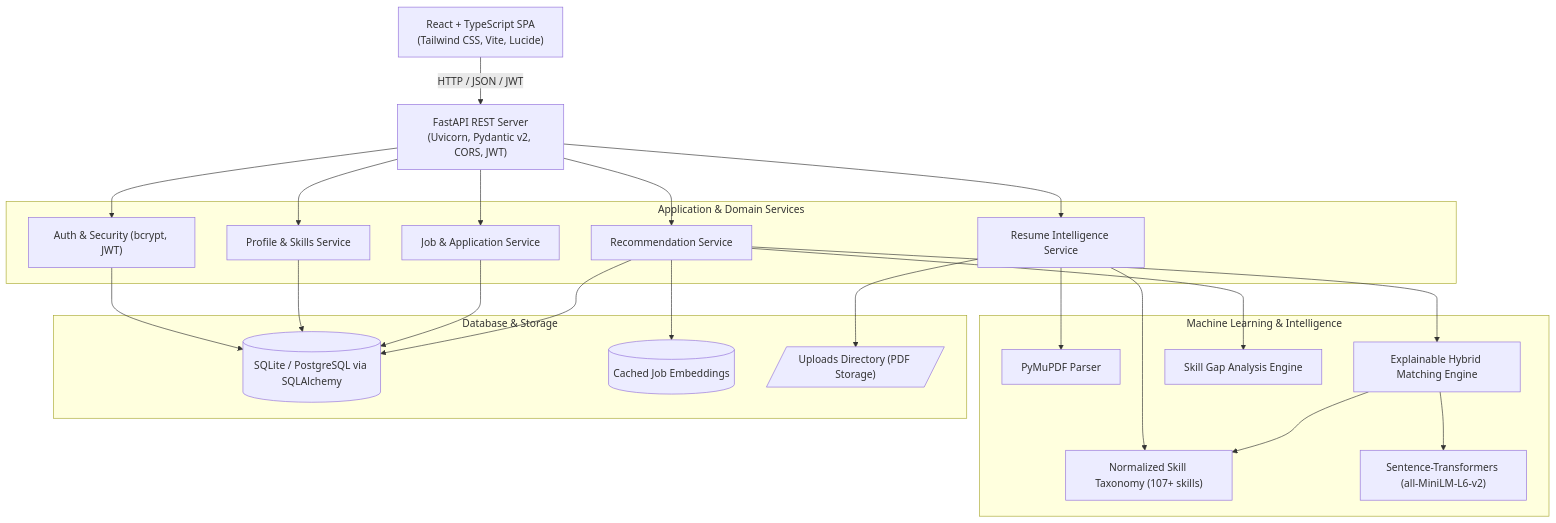
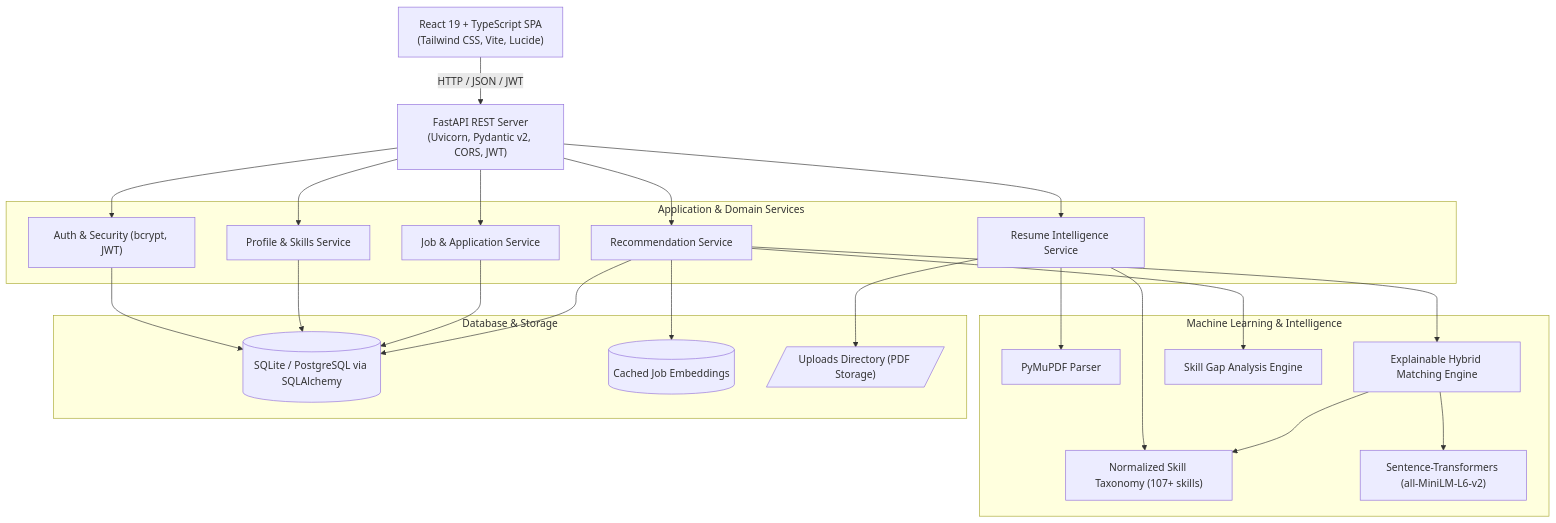
The diagram in README.md (Satvik2Sharma/JobTrail-AI), drawn with Mermaid before and after one commit. The commit also changed other lines of this file and 13 other files, not shown here.

````diff
--- a/README.md
+++ b/README.md
@@ -50,49 +105,49 @@
 ```mermaid
 graph TD
-    Client["React + TypeScript SPA<br/>(Tailwind CSS, Vite, Lucide)"]
+    Client["React 19 + TypeScript SPA<br/>(Tailwind CSS, Vite, Lucide)"]
     FastAPI["FastAPI REST Server<br/>(Uvicorn, Pydantic v2, CORS, JWT)"]
     
     subgraph CoreServices ["Application & Domain Services"]
         AuthSvc["Auth & Security (bcrypt, JWT)"]
         ProfileSvc["Profile & Skills Service"]
         JobSvc["Job & Application Service"]
         RecSvc["Recommendation Service"]
         ResumeSvc["Resume Intelligence Service"]
     end
 
     subgraph MLCore ["Machine Learning & Intelligence"]
         PyMuPDF["PyMuPDF Parser"]
         Taxonomy["Normalized Skill Taxonomy (107+ skills)"]
         STModel["Sentence-Transformers (all-MiniLM-L6-v2)"]
         MatchingEngine["Explainable Hybrid Matching Engine"]
         SkillGapEngine["Skill Gap Analysis Engine"]
     end
 
     subgraph DataStore ["Database & Storage"]
         DB[(SQLite / PostgreSQL via SQLAlchemy)]
         EmbeddingsTable[(Cached Job Embeddings)]
         UploadsDir[/"Uploads Directory (PDF Storage)"/]
     end
 
     Client -->|HTTP / JSON / JWT| FastAPI
     FastAPI --> AuthSvc
     FastAPI --> ProfileSvc
     FastAPI --> JobSvc
     FastAPI --> RecSvc
     FastAPI --> ResumeSvc
 
     ResumeSvc --> PyMuPDF
     ResumeSvc --> Taxonomy
     ResumeSvc --> UploadsDir
 
     RecSvc --> MatchingEngine
     RecSvc --> SkillGapEngine
     MatchingEngine --> STModel
     MatchingEngine --> Taxonomy
 
     AuthSvc --> DB
     ProfileSvc --> DB
     JobSvc --> DB
     RecSvc --> DB
     RecSvc --> EmbeddingsTable
 ```
````
